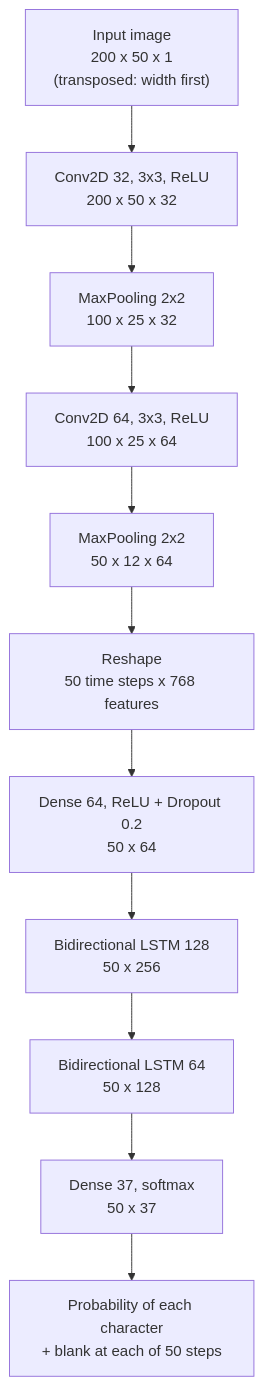
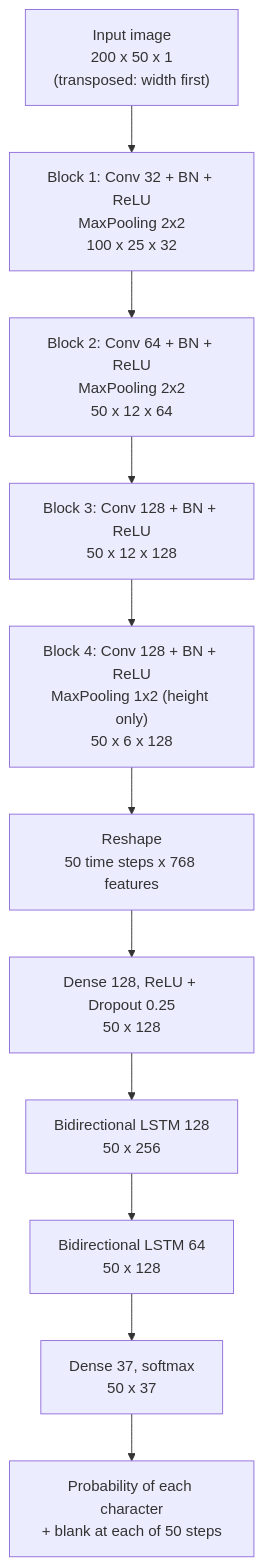
Before and after one commit to RBorczuch/PlatesOCR: the third of 7 diagrams in README.md, drawn with Mermaid. The commit also changed other lines of this file and 1 other file, not shown here.

````diff
--- a/README.md
+++ b/README.md
@@ -120,16 +120,16 @@
 ```mermaid
 flowchart TD
     I["Input image<br/>200 x 50 x 1<br/>(transposed: width first)"]
-    C1["Conv2D 32, 3x3, ReLU<br/>200 x 50 x 32"]
-    P1["MaxPooling 2x2<br/>100 x 25 x 32"]
-    C2["Conv2D 64, 3x3, ReLU<br/>100 x 25 x 64"]
-    P2["MaxPooling 2x2<br/>50 x 12 x 64"]
+    B1["Block 1: Conv 32 + BN + ReLU<br/>MaxPooling 2x2<br/>100 x 25 x 32"]
+    B2["Block 2: Conv 64 + BN + ReLU<br/>MaxPooling 2x2<br/>50 x 12 x 64"]
+    B3["Block 3: Conv 128 + BN + ReLU<br/>50 x 12 x 128"]
+    B4["Block 4: Conv 128 + BN + ReLU<br/>MaxPooling 1x2 (height only)<br/>50 x 6 x 128"]
     R["Reshape<br/>50 time steps x 768 features"]
-    D1["Dense 64, ReLU + Dropout 0.2<br/>50 x 64"]
+    D1["Dense 128, ReLU + Dropout 0.25<br/>50 x 128"]
     L1["Bidirectional LSTM 128<br/>50 x 256"]
     L2["Bidirectional LSTM 64<br/>50 x 128"]
     D2["Dense 37, softmax<br/>50 x 37"]
     O["Probability of each character<br/>+ blank at each of 50 steps"]
 
-    I --> C1 --> P1 --> C2 --> P2 --> R --> D1 --> L1 --> L2 --> D2 --> O
+    I --> B1 --> B2 --> B3 --> B4 --> R --> D1 --> L1 --> L2 --> D2 --> O
 ```
````
